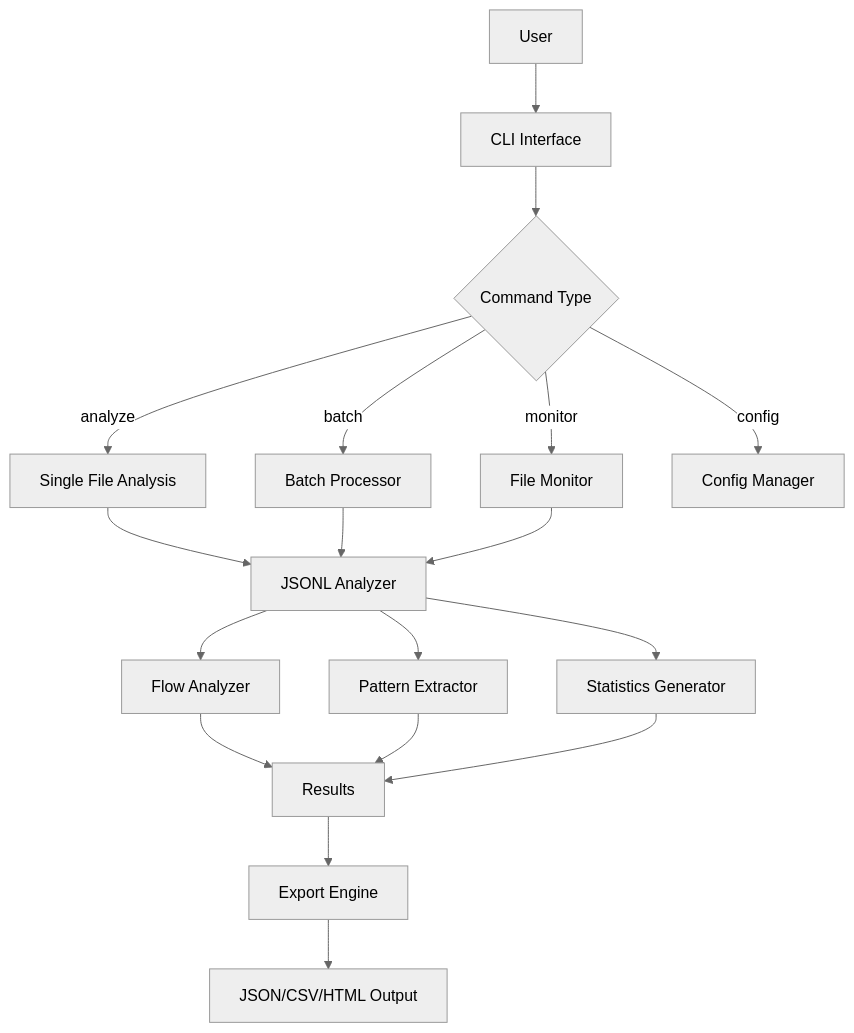
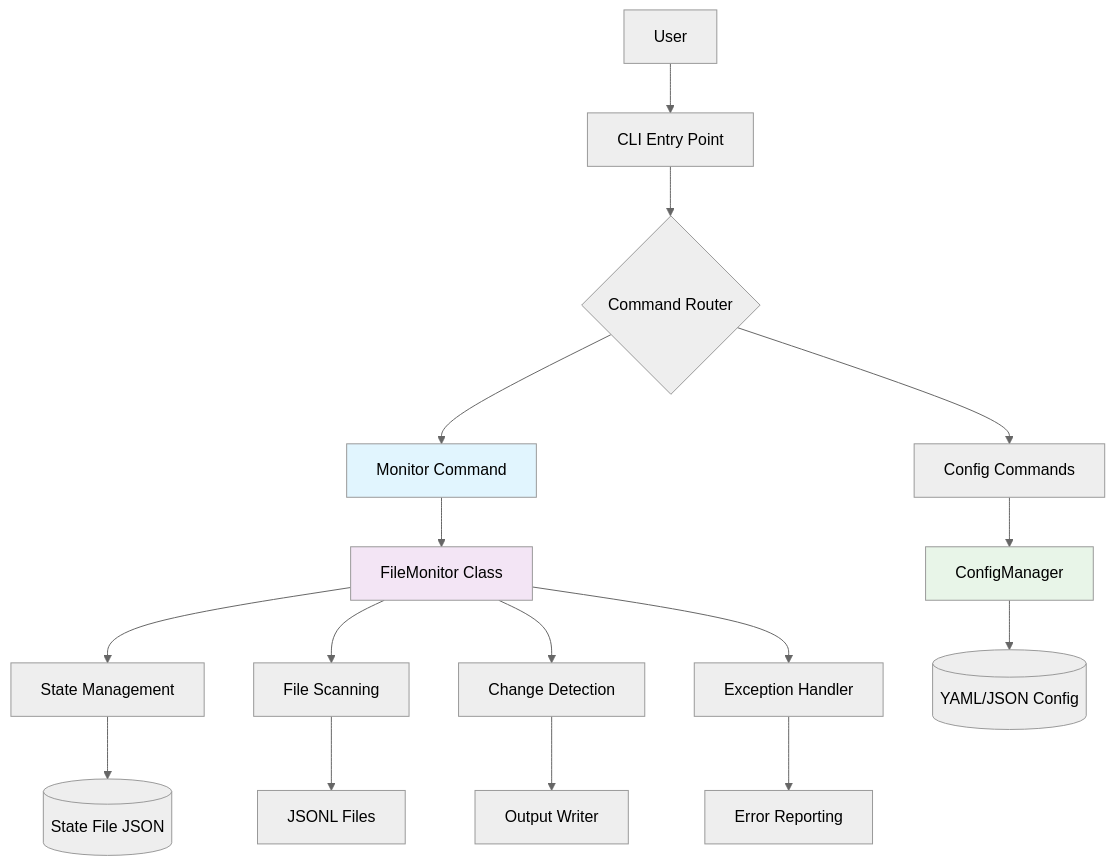
One commit to osbornesec/ccmonitor changed the first of 4 diagrams in ANALYSIS.md. Above: the diagram before and after it, drawn with Mermaid (neutral theme). The commit also changed other lines of this file and 61 other files, not shown here.

````diff
--- a/ANALYSIS.md
+++ b/ANALYSIS.md
@@ -567,25 +89,27 @@
 ```mermaid
-flowchart TD
-    A[User] --> B[CLI Interface]
-    B --> C{Command Type}
+graph TD
+    A[User] --> B[CLI Entry Point]
+    B --> C{Command Router}
     
-    C -->|analyze| D[Single File Analysis]
-    C -->|batch| E[Batch Processor]  
-    C -->|monitor| F[File Monitor]
-    C -->|config| G[Config Manager]
+    C --> D[Monitor Command]
+    C --> E[Config Commands]
     
-    D --> H[JSONL Analyzer]
-    E --> H
-    F --> H
+    D --> F[FileMonitor Class]
+    F --> G[State Management]
+    F --> H[File Scanning]
+    F --> I[Change Detection]
     
-    H --> I[Flow Analyzer]
-    H --> J[Pattern Extractor]
-    H --> K[Statistics Generator]
+    G --> J[(State File JSON)]
+    H --> K[JSONL Files]
+    I --> L[Output Writer]
     
-    I --> L[Results]
-    J --> L
-    K --> L
+    E --> M[ConfigManager]
+    M --> N[(YAML/JSON Config)]
     
-    L --> M[Export Engine]
-    M --> N[JSON/CSV/HTML Output]
+    F --> O[Exception Handler]
+    O --> P[Error Reporting]
+    
+    style D fill:#e1f5fe
+    style F fill:#f3e5f5
+    style M fill:#e8f5e8
 ```
````
